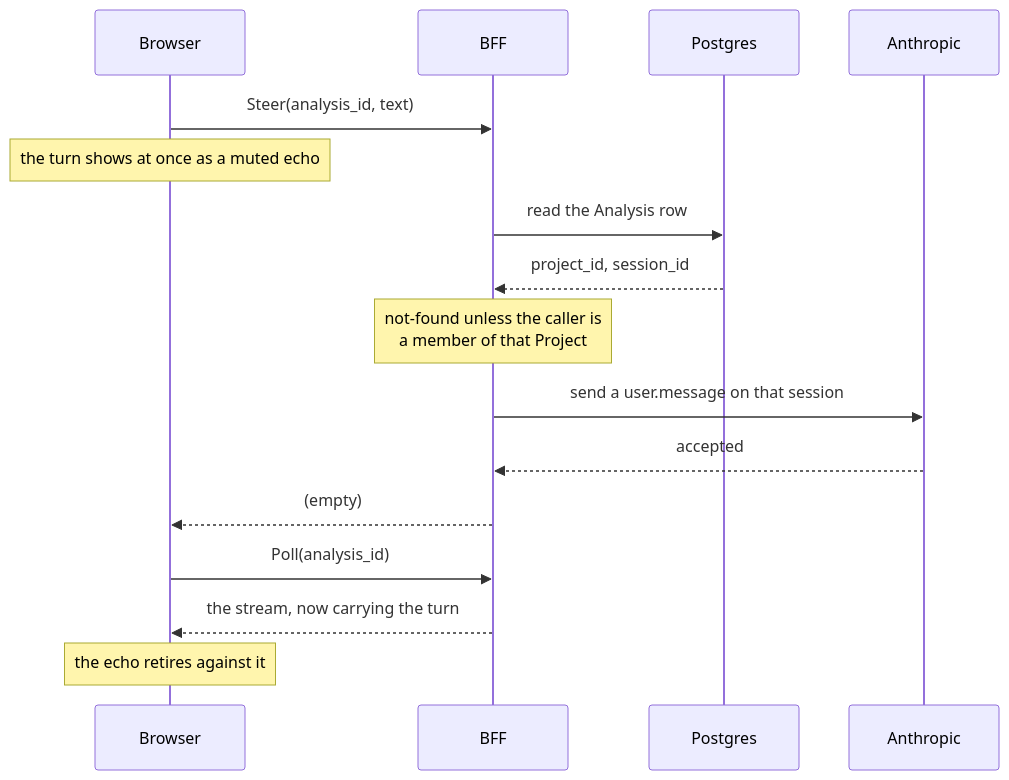
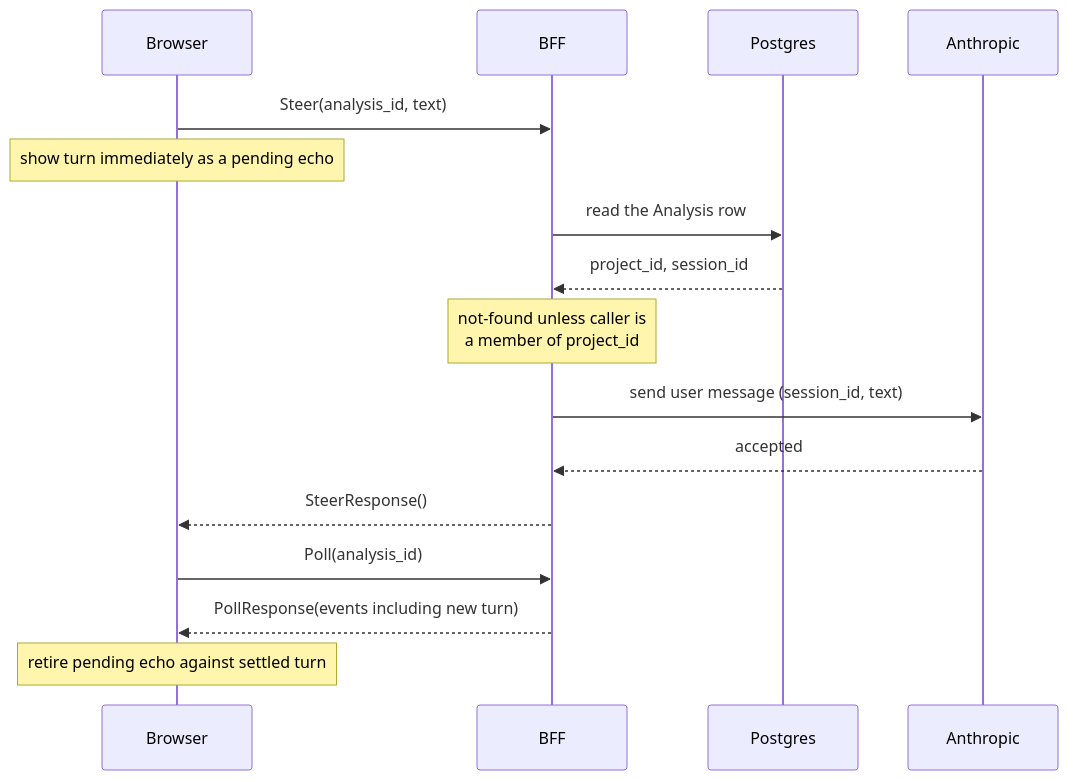
One commit to populationgenomics/themis changed the second of 2 diagrams in docs/design/conversation-view.md. Above: the diagram before and after it, drawn with Mermaid. The commit also changed other lines of this file and 34 other files, not shown here.

````diff
--- a/docs/design/conversation-view.md
+++ b/docs/design/conversation-view.md
@@ -201,18 +208,18 @@
 ```mermaid
 sequenceDiagram
     participant B as Browser
     participant BFF
     participant PG as Postgres
     participant AN as Anthropic
     B->>BFF: Steer(analysis_id, text)
-    Note over B: the turn shows at once as a muted echo
+    Note over B: show turn immediately as a pending echo
     BFF->>PG: read the Analysis row
     PG-->>BFF: project_id, session_id
-    Note over BFF: not-found unless the caller is<br/>a member of that Project
-    BFF->>AN: send a user.message on that session
+    Note over BFF: not-found unless caller is<br/>a member of project_id
+    BFF->>AN: send user message (session_id, text)
     AN-->>BFF: accepted
-    BFF-->>B: (empty)
+    BFF-->>B: SteerResponse()
     B->>BFF: Poll(analysis_id)
-    BFF-->>B: the stream, now carrying the turn
-    Note over B: the echo retires against it
+    BFF-->>B: PollResponse(events including new turn)
+    Note over B: retire pending echo against settled turn
 ```
````
